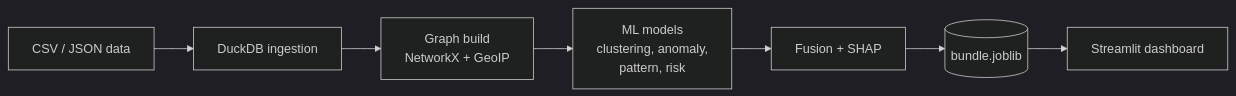
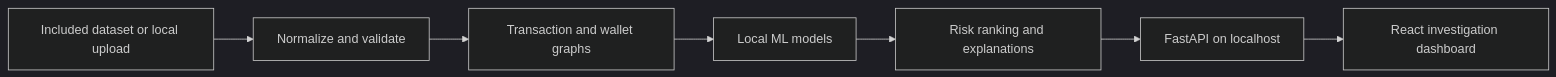
Before and after one commit to Pranjalhiray/TeamNEOTRIX: the diagram in README.md, drawn with Mermaid (dark theme). The commit also changed other lines of this file and 81 other files, not shown here.

````diff
--- a/README.md
+++ b/README.md
@@ -18,9 +23,9 @@
 ```mermaid
 flowchart LR
-    A[CSV / JSON data] --> B[DuckDB ingestion]
-    B --> C[Graph build<br/>NetworkX + GeoIP]
-    C --> D[ML models<br/>clustering, anomaly,<br/>pattern, risk]
-    D --> E[Fusion + SHAP]
-    E --> F[(bundle.joblib)]
-    F --> G[Streamlit dashboard]
+    A[Included dataset or local upload] --> B[Normalize and validate]
+    B --> C[Transaction and wallet graphs]
+    C --> D[Local ML models]
+    D --> E[Risk ranking and explanations]
+    E --> F[FastAPI on localhost]
+    F --> G[React investigation dashboard]
 ```
````
